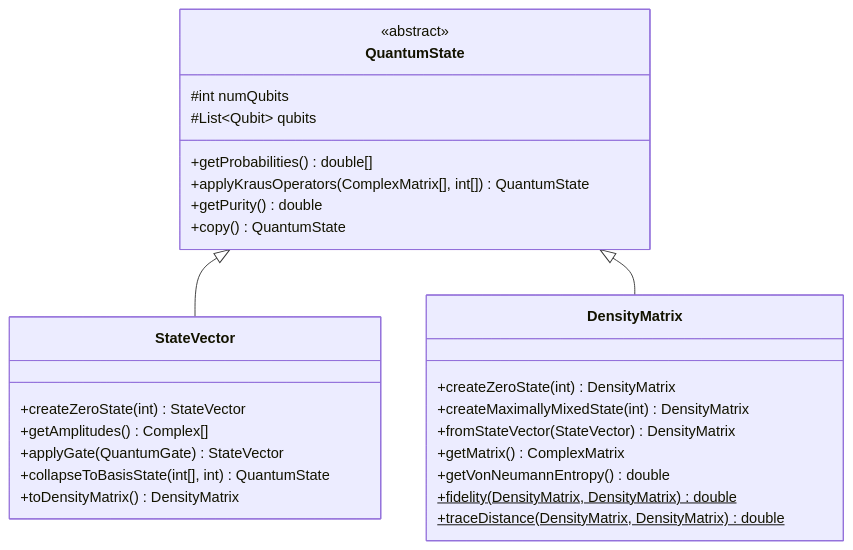
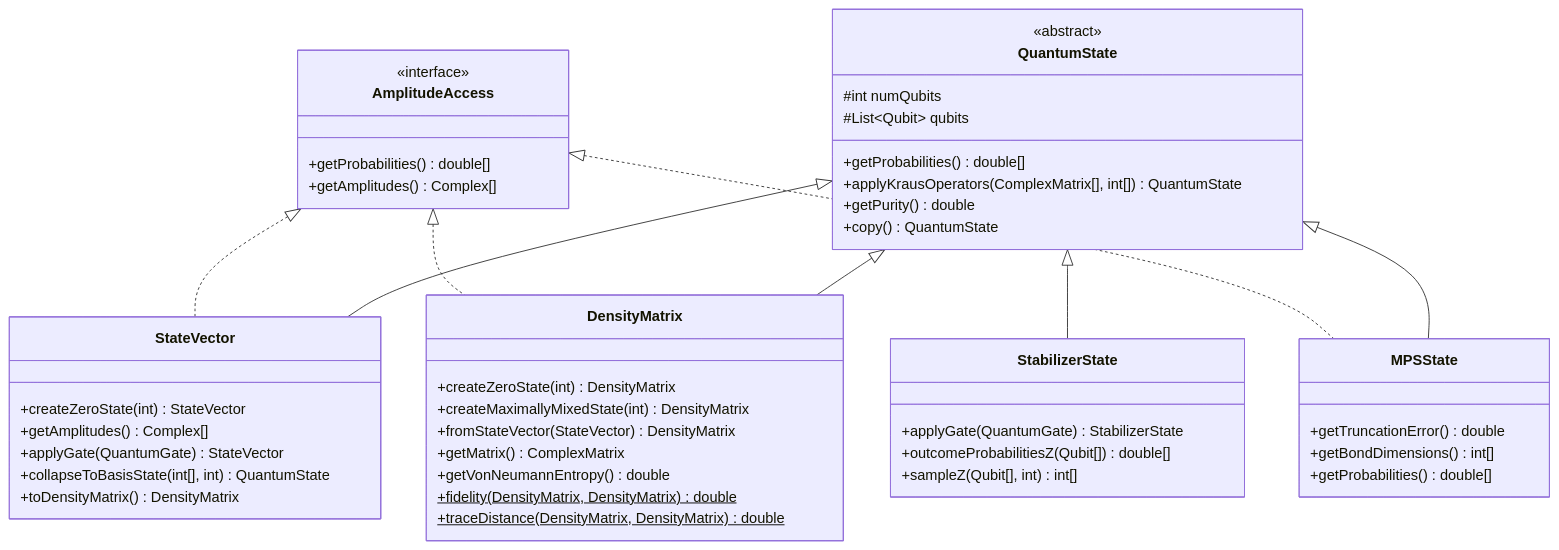
Before and after one commit to CharafeddineMechalikh/QForge: the fifth of 6 diagrams in docs/02-architecture.md, drawn with Mermaid. The commit also changed other lines of this file and 61 other files, not shown here.

````diff
--- a/docs/02-architecture.md
+++ b/docs/02-architecture.md
@@ -197,30 +197,50 @@
 ```mermaid
 classDiagram
     class QuantumState {
         <<abstract>>
         #int numQubits
         #List~Qubit~ qubits
         +getProbabilities() double[]
         +applyKrausOperators(ComplexMatrix[], int[]) QuantumState
         +getPurity() double
         +copy() QuantumState
     }
     class StateVector {
         +createZeroState(int) StateVector
         +getAmplitudes() Complex[]
         +applyGate(QuantumGate) StateVector
         +collapseToBasisState(int[], int) QuantumState
         +toDensityMatrix() DensityMatrix
     }
     class DensityMatrix {
         +createZeroState(int) DensityMatrix
         +createMaximallyMixedState(int) DensityMatrix
         +fromStateVector(StateVector) DensityMatrix
         +getMatrix() ComplexMatrix
         +getVonNeumannEntropy() double
         +fidelity(DensityMatrix, DensityMatrix) double$
         +traceDistance(DensityMatrix, DensityMatrix) double$
     }
+    class AmplitudeAccess {
+        <<interface>>
+        +getProbabilities() double[]
+        +getAmplitudes() Complex[]
+    }
+    class MPSState {
+        +getTruncationError() double
+        +getBondDimensions() int[]
+        +getProbabilities() double[]
+    }
+    class StabilizerState {
+        +applyGate(QuantumGate) StabilizerState
+        +outcomeProbabilitiesZ(Qubit[]) double[]
+        +sampleZ(Qubit[], int) int[]
+    }
     QuantumState <|-- StateVector
     QuantumState <|-- DensityMatrix
+    QuantumState <|-- MPSState
+    QuantumState <|-- StabilizerState
+    AmplitudeAccess <|.. StateVector
+    AmplitudeAccess <|.. DensityMatrix
+    AmplitudeAccess <|.. MPSState
 ```
````
